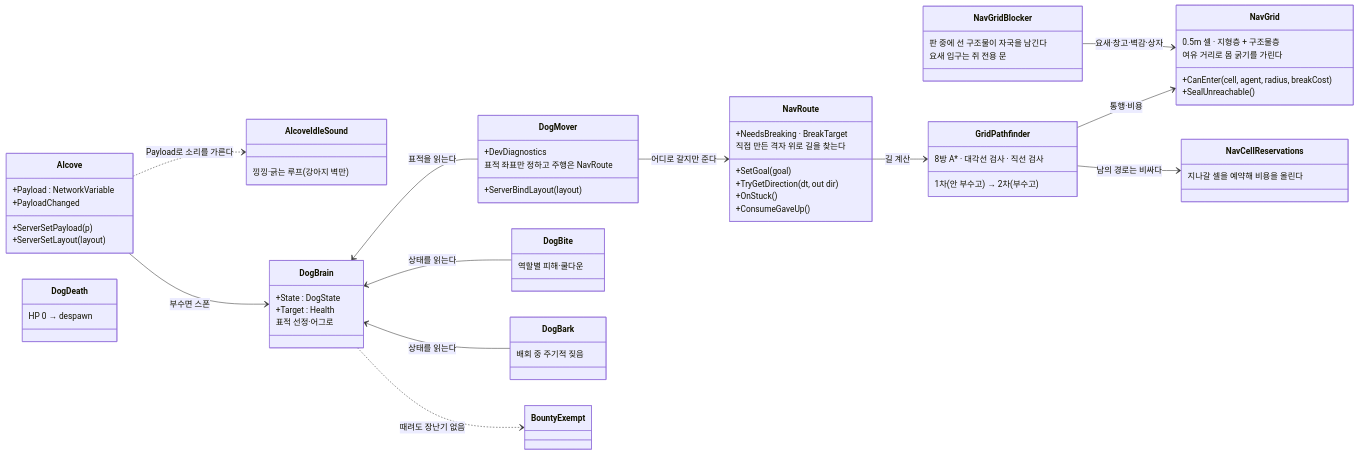
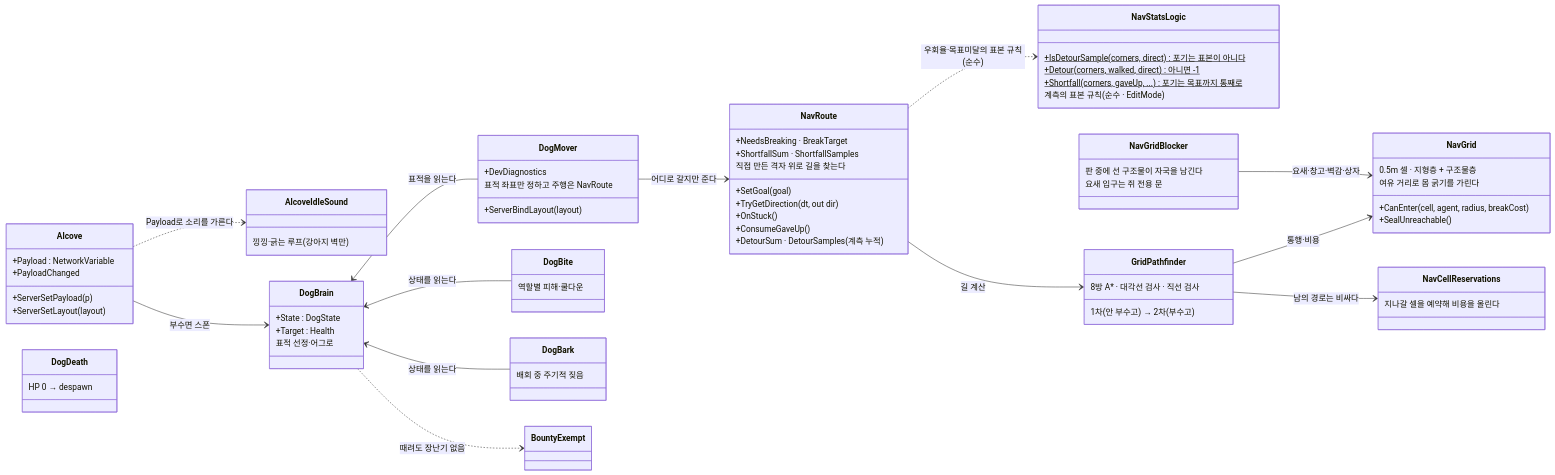
Before and after one commit to JeahanPark/The-Cheese-Thief-and-the-Cat: diagram 26 of 42 in CTC/docs/design-vault/코드 다이어그램.md, drawn with Mermaid. The commit also changed other lines of this file and 28 other files, not shown here.

````diff
--- a/CTC/docs/design-vault/코드 다이어그램.md
+++ b/CTC/docs/design-vault/코드 다이어그램.md
@@ -1336,71 +1341,80 @@
 ```mermaid
 classDiagram
     direction LR
 
     class Alcove {
         +Payload : NetworkVariable
         +ServerSetPayload(p)
         +ServerSetLayout(layout)
         +PayloadChanged
     }
     class AlcoveIdleSound {
         낑낑·긁는 루프(강아지 벽만)
     }
     class DogBrain {
         +State : DogState
         +Target : Health
         표적 선정·어그로
     }
     class DogMover {
         +ServerBindLayout(layout)
         +DevDiagnostics
         표적 좌표만 정하고 주행은 NavRoute
     }
     class NavRoute {
         +SetGoal(goal)
         +TryGetDirection(dt, out dir)
         +OnStuck()
         +ConsumeGaveUp()
         +NeedsBreaking · BreakTarget
+        +DetourSum · DetourSamples (계측 누적)
+        +ShortfallSum · ShortfallSamples
         직접 만든 격자 위로 길을 찾는다
+    }
+    class NavStatsLogic {
+        +IsDetourSample(corners, direct)$ 포기는 표본이 아니다
+        +Detour(corners, walked, direct)$ 아니면 -1
+        +Shortfall(corners, gaveUp, ...)$ 포기는 목표까지 통째로
+        계측의 표본 규칙(순수 · EditMode)
     }
     class NavGrid {
         0.5m 셀 · 지형층 + 구조물층
         여유 거리로 몸 굵기를 가린다
         +CanEnter(cell, agent, radius, breakCost)
         +SealUnreachable()
     }
     class GridPathfinder {
         8방 A* · 대각선 검사 · 직선 검사
         1차(안 부수고) → 2차(부수고)
     }
     class NavCellReservations {
         지나갈 셀을 예약해 비용을 올린다
     }
     class NavGridBlocker {
         판 중에 선 구조물이 자국을 남긴다
         요새 입구는 쥐 전용 문
     }
     class DogBite {
         역할별 피해·쿨다운
     }
     class DogBark {
         배회 중 주기적 짖음
     }
     class DogDeath {
         HP 0 → despawn
     }
     class BountyExempt
 
     Alcove --> DogBrain : 부수면 스폰
     Alcove ..> AlcoveIdleSound : Payload로 소리를 가른다
     DogMover --> NavRoute : 어디로 갈지만 준다
     NavRoute --> GridPathfinder : 길 계산
+    NavRoute ..> NavStatsLogic : 우회율·목표미달의 표본 규칙(순수)
     GridPathfinder --> NavGrid : 통행·비용
     GridPathfinder --> NavCellReservations : 남의 경로는 비싸다
     NavGridBlocker --> NavGrid : 요새·창고·벽감·상자
     DogBrain <-- DogMover : 표적을 읽는다
     DogBrain <-- DogBite : 상태를 읽는다
     DogBrain <-- DogBark : 상태를 읽는다
     DogBrain ..> BountyExempt : 때려도 장난기 없음
 ```
````
